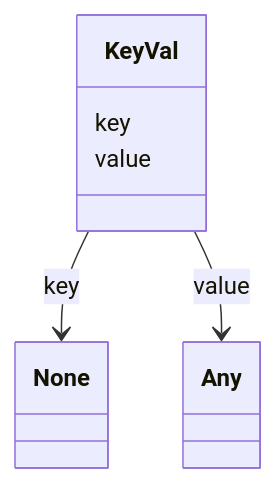
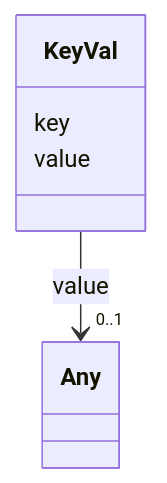
The diagram in docs/schema/KeyVal.md (linkml/linkml-map), drawn with Mermaid before and after one commit. The commit also changed other lines of this file and 155 other files, not shown here.

First line of the commit message:
Regenerate schema docs

````diff
--- a/docs/schema/KeyVal.md
+++ b/docs/schema/KeyVal.md
@@ -12,13 +18,19 @@
 ```mermaid
  classDiagram
     class KeyVal
+    click KeyVal href "../KeyVal/"
       KeyVal : key
+        
+      KeyVal : value
+        
+          
+    
+        
+        
+        KeyVal --> "0..1" Any : value
+        click Any href "../Any/"
+    
 
-          KeyVal --> None : key
-
-      KeyVal : value
-
-          KeyVal --> Any : value
-
-
+        
+      
 ```
````
